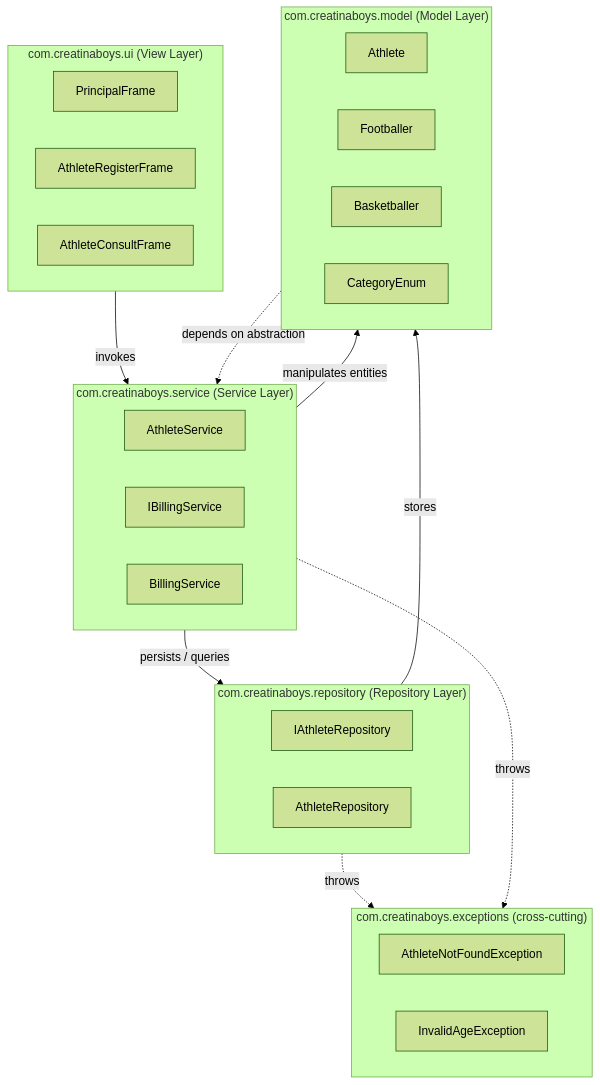
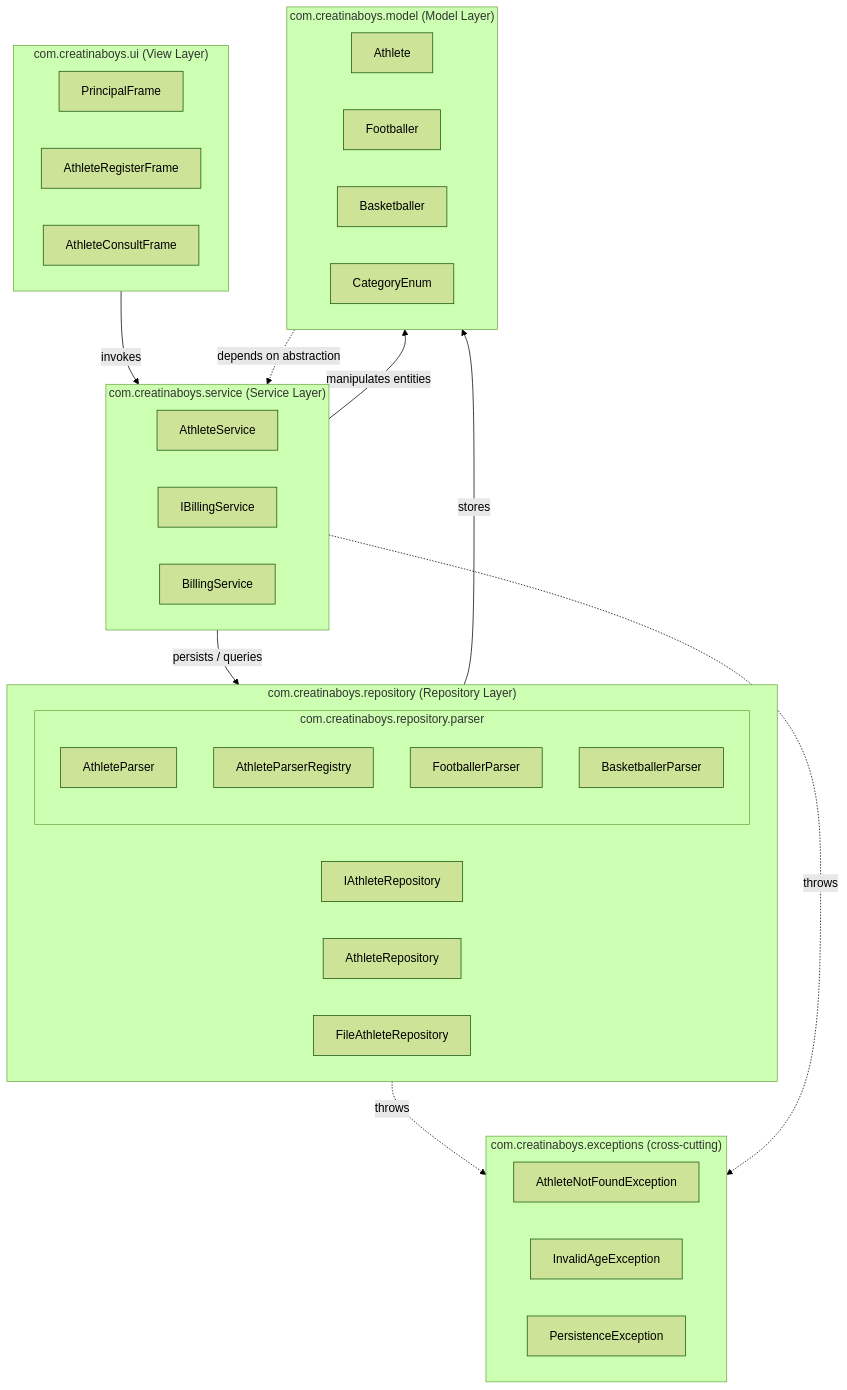
One commit to miltonmaldonado333/AuraTech changed the diagram in docs/Layers_diagram.md. Above: the diagram before and after it, drawn with Mermaid (forest theme). The commit also changed 2 other files, not shown here.

Commit message:
docs: actualizando diagramas

````diff
--- a/docs/Layers_diagram.md
+++ b/docs/Layers_diagram.md
@@ -3,35 +3,43 @@
 ```mermaid
 flowchart TB
     subgraph UI["com.creatinaboys.ui (View Layer)"]
         PrincipalFrame
         AthleteRegisterFrame
         AthleteConsultFrame
     end
     subgraph SVC["com.creatinaboys.service (Service Layer)"]
         AthleteService
         IBillingService
         BillingService
     end
     subgraph REPO["com.creatinaboys.repository (Repository Layer)"]
         IAthleteRepository
         AthleteRepository
+        FileAthleteRepository
+        subgraph PARSER["com.creatinaboys.repository.parser"]
+            AthleteParser
+            AthleteParserRegistry
+            FootballerParser
+            BasketballerParser
+        end
     end
     subgraph MODEL["com.creatinaboys.model (Model Layer)"]
         Athlete
         Footballer
         Basketballer
         CategoryEnum
     end
     subgraph EXC["com.creatinaboys.exceptions (cross-cutting)"]
         AthleteNotFoundException
         InvalidAgeException
+        PersistenceException
     end
 
     UI -->|invokes| SVC
     SVC -->|persists / queries| REPO
     SVC -->|manipulates entities| MODEL
     REPO -->|stores| MODEL
     MODEL -.->|depends on abstraction| SVC
     REPO -.->|throws| EXC
     SVC -.->|throws| EXC
 ```
````
